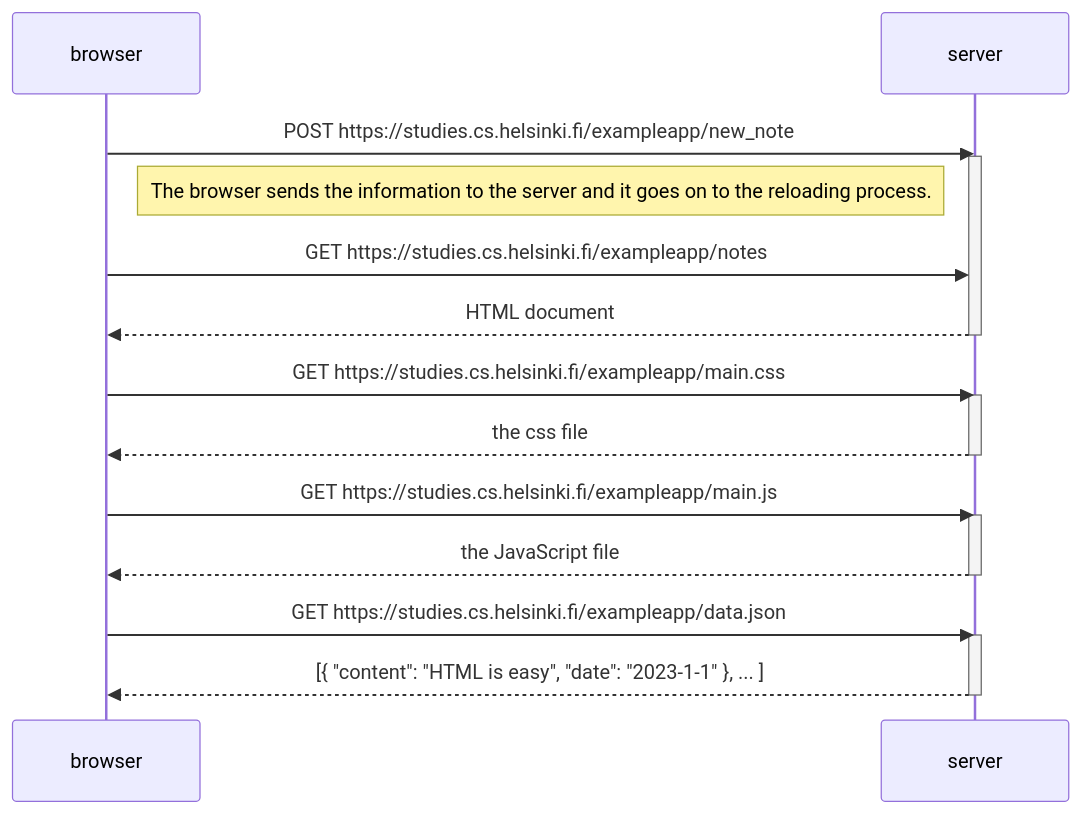
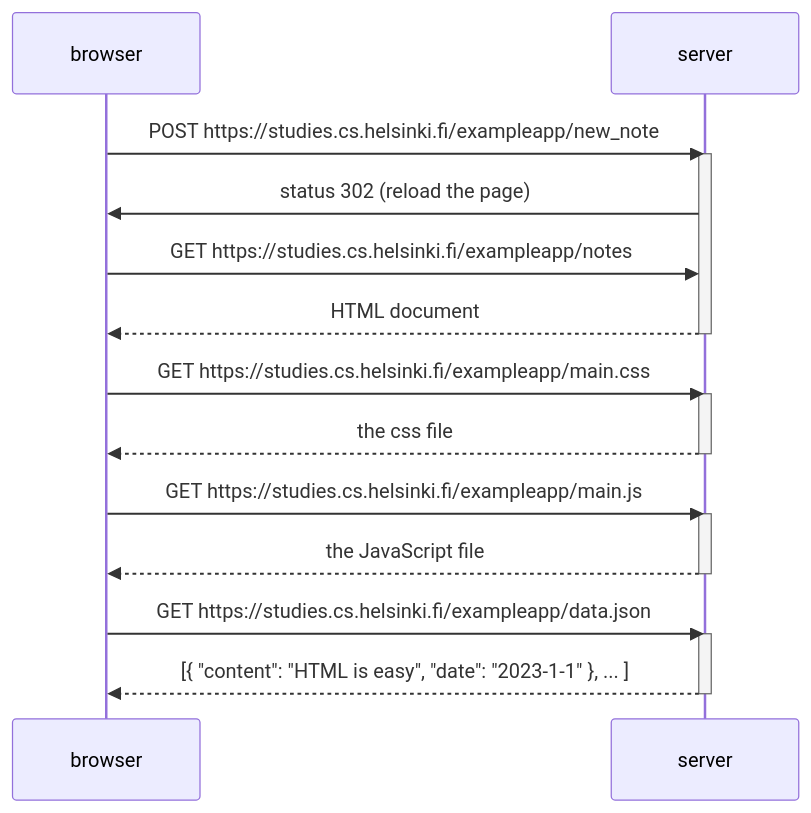
Before and after one commit to Mash1-1/FullStackOpen: the diagram in Part0/exercise04.mmd, drawn with Mermaid. The commit also changed 1 other file, not shown here.

```diff
--- a/Part0/exercise04.mmd
+++ b/Part0/exercise04.mmd
@@ -1,25 +1,25 @@
 sequenceDiagram
     participant browser
     participant server
 
     browser->>server: POST https://studies.cs.helsinki.fi/exampleapp/new_note
     activate server
-    Note Right of browser: The browser sends the information to the server and it goes on to the reloading process.
+    server->>browser: status 302 (reload the page)
     browser->>server: GET https://studies.cs.helsinki.fi/exampleapp/notes
     server-->>browser: HTML document
     deactivate server
 
     browser->>server: GET https://studies.cs.helsinki.fi/exampleapp/main.css
     activate server
     server-->>browser: the css file
     deactivate server
 
     browser->>server: GET https://studies.cs.helsinki.fi/exampleapp/main.js
     activate server
     server-->>browser: the JavaScript file
     deactivate server
 
     browser->>server: GET https://studies.cs.helsinki.fi/exampleapp/data.json
     activate server
     server-->>browser: [{ "content": "HTML is easy", "date": "2023-1-1" }, ... ]
     deactivate server
```
